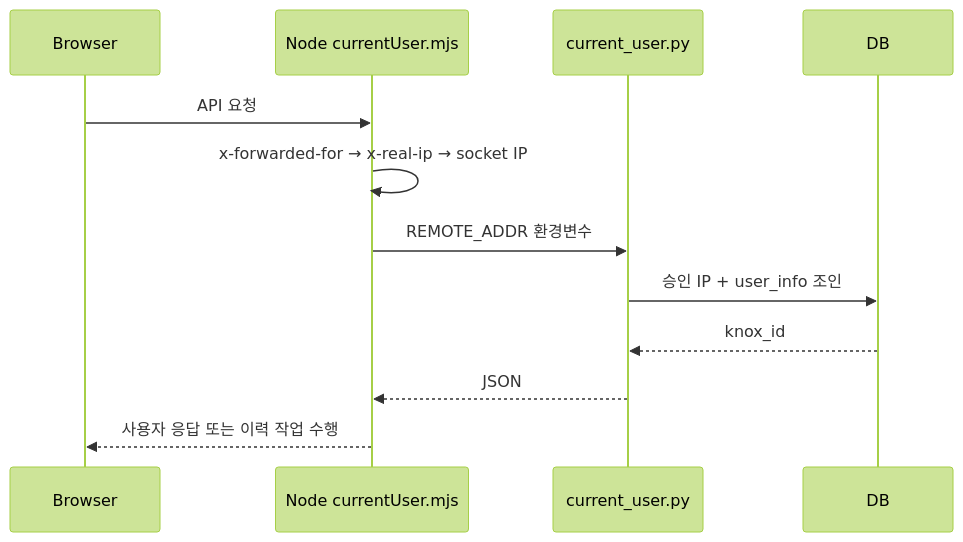
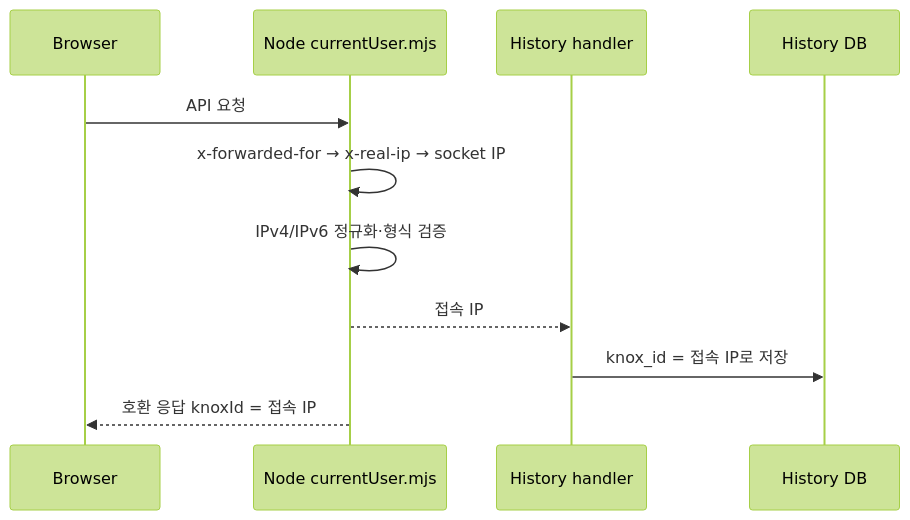
Before and after one commit to mlbarod/l0_spider_scs: diagram 12 of 12 in web_structure.md, drawn with Mermaid (forest theme). The commit also changed other lines of this file and 25 other files, not shown here.

````diff
--- a/web_structure.md
+++ b/web_structure.md
@@ -609,15 +605,14 @@
 ```mermaid
 sequenceDiagram
     participant B as Browser
     participant N as Node currentUser.mjs
-    participant P as current_user.py
-    participant D as DB
+    participant H as History handler
+    participant D as History DB
 
     B->>N: API 요청
     N->>N: x-forwarded-for → x-real-ip → socket IP
-    N->>P: REMOTE_ADDR 환경변수
-    P->>D: 승인 IP + user_info 조인
-    D-->>P: knox_id
-    P-->>N: JSON
-    N-->>B: 사용자 응답 또는 이력 작업 수행
+    N->>N: IPv4/IPv6 정규화·형식 검증
+    N-->>H: 접속 IP
+    H->>D: knox_id = 접속 IP로 저장
+    N-->>B: 호환 응답 knoxId = 접속 IP
 ```
````
